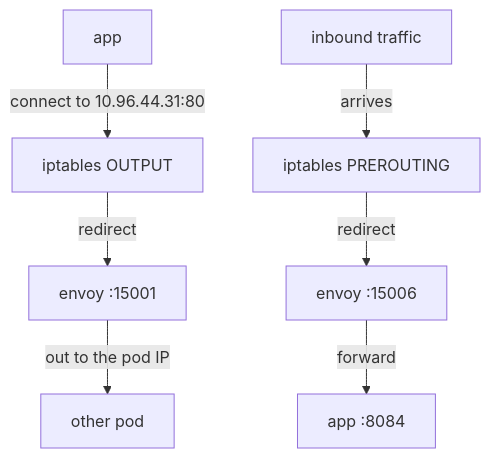
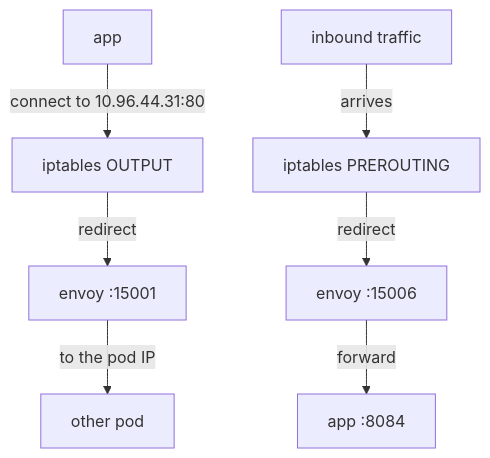
The first of 2 diagrams in sections/section-040/module-01/course-01-capture-and-listeners.md (astrona-io/ATS016), drawn with Mermaid before and after one commit. The commit also changed other lines of this file and 40 other files, not shown here.

````diff
--- a/sections/section-040/module-01/course-01-capture-and-listeners.md
+++ b/sections/section-040/module-01/course-01-capture-and-listeners.md
@@ -9,9 +9,9 @@
 ```mermaid
 flowchart TB
     A["app"] -->|"connect to 10.96.44.31:80"| R1["iptables OUTPUT"]
     R1 -->|"redirect"| O["envoy :15001"]
-    O -->|"out to the pod IP"| N["other pod"]
+    O -->|"to the pod IP"| N["other pod"]
     I["inbound traffic"] -->|"arrives"| R2["iptables PREROUTING"]
     R2 -->|"redirect"| IN["envoy :15006"]
     IN -->|"forward"| APP["app :8084"]
 ```
````
